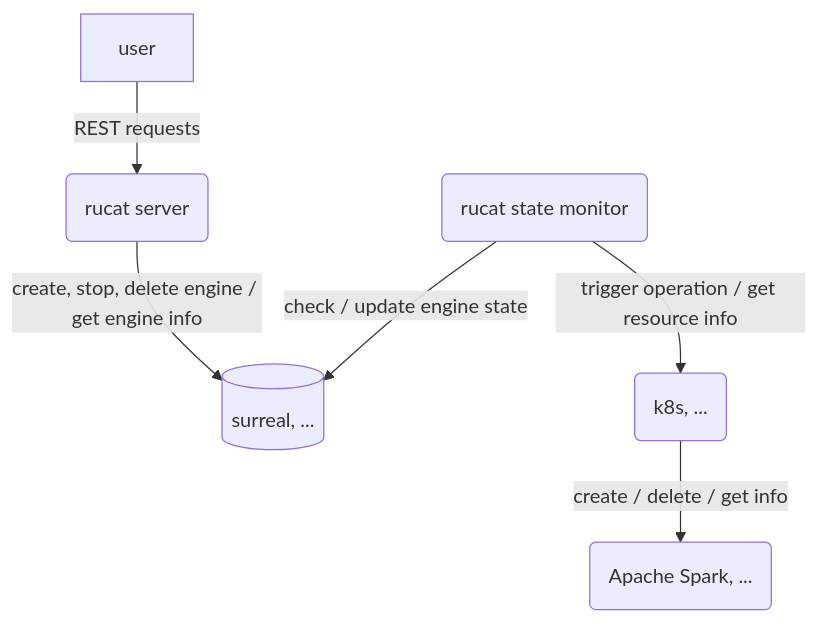
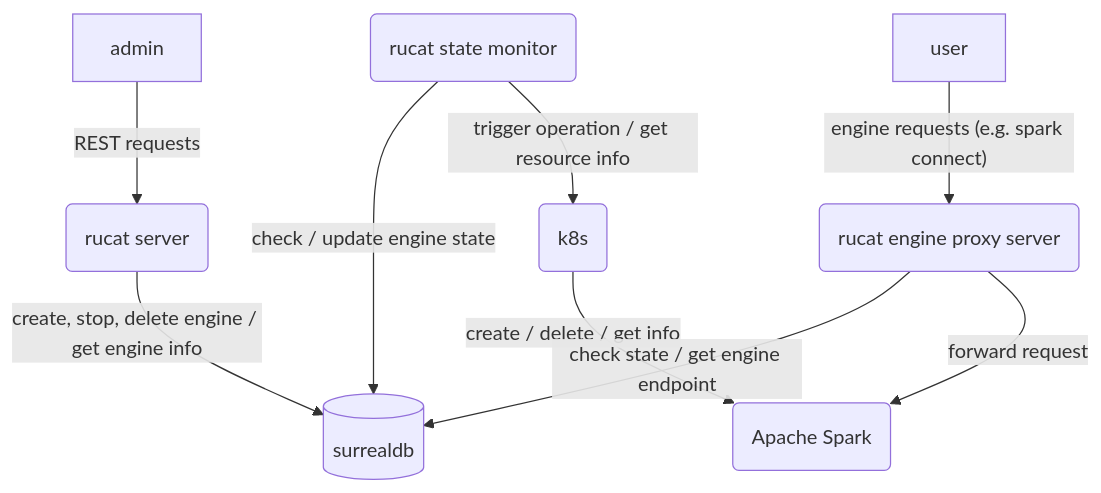
The first of 3 diagrams in README.md (HaoYang670/rucat), drawn with Mermaid before and after one commit. The commit also changed other lines of this file, not shown here.

Commit message:
rucat engine proxy design

````diff
--- a/README.md
+++ b/README.md
@@ -17,14 +19,18 @@
 ```mermaid
 flowchart
     server(rucat server)
-    engine(Apache Spark, ...)
+    proxy(rucat engine proxy server)
+    engine(Apache Spark)
     monitor(rucat state monitor)
-    resource-manager(k8s, ...)
-    database[(surreal, ...)]
-    user -- REST requests --> server
+    resource-manager(k8s)
+    database[(surrealdb)]
 
+    admin -- REST requests --> server
+    user -- engine requests (e.g. spark connect) --> proxy
     server -- create, stop, delete engine / get engine info --> database
     monitor -- check / update engine state --> database
     monitor -- trigger operation / get resource info --> resource-manager
     resource-manager -- create / delete / get info --> engine
+    proxy -- check state / get engine endpoint --> database
+    proxy -- forward request --> engine
 ```
````
